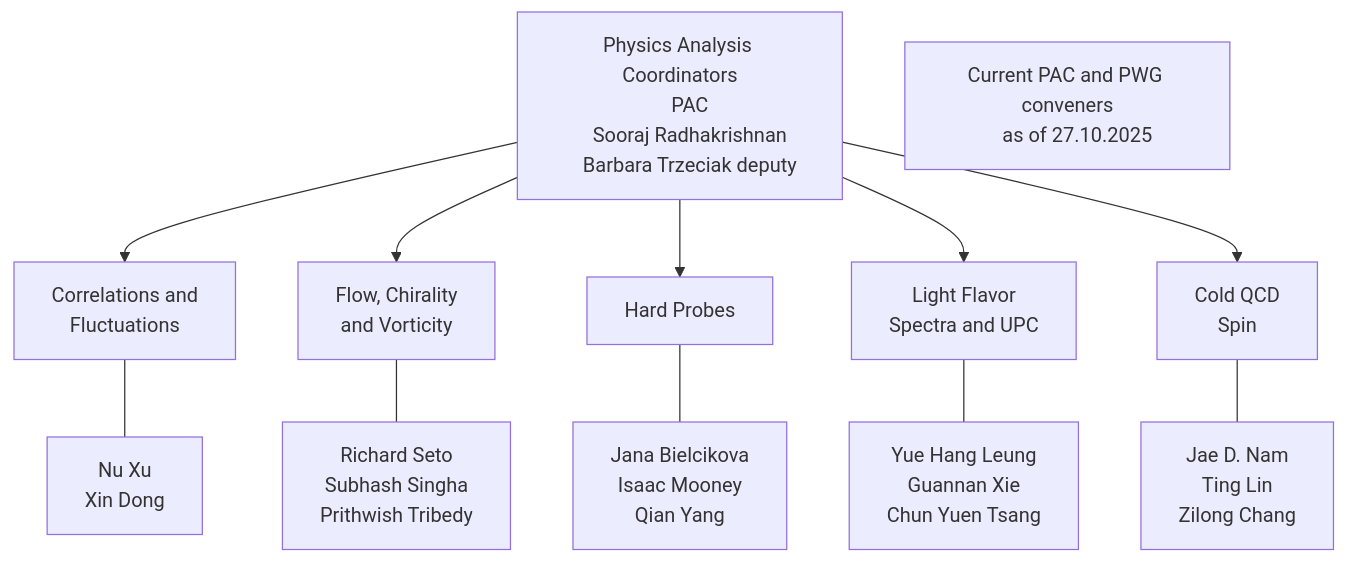
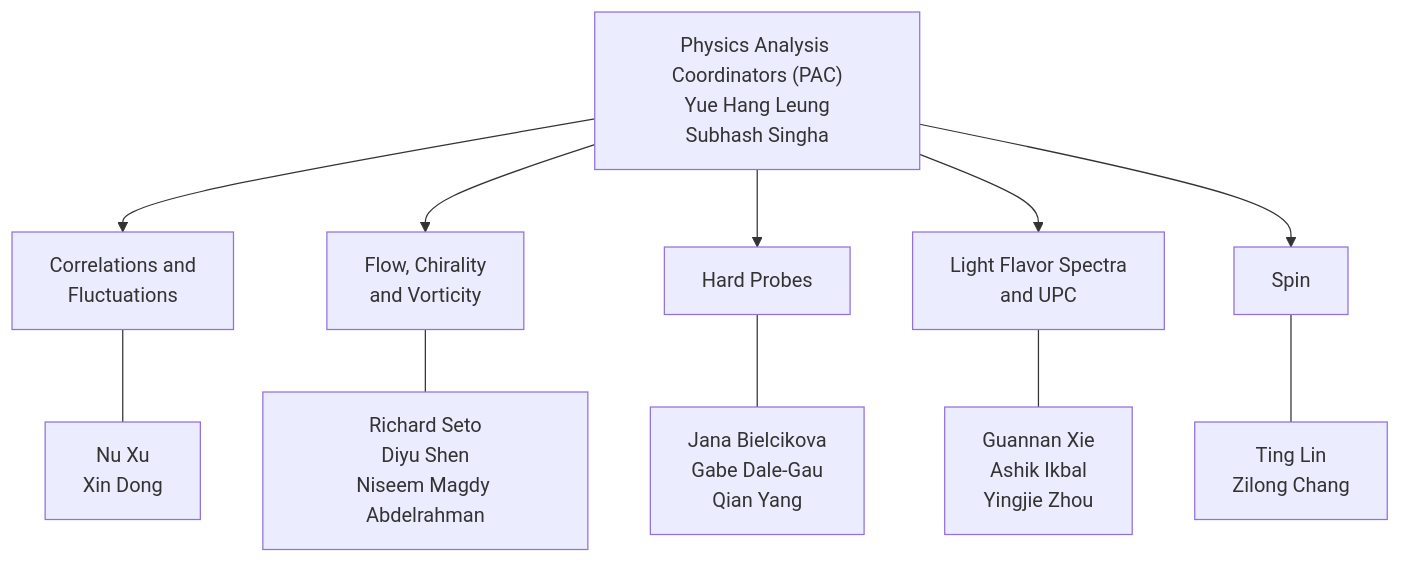
One commit to star-juniors/star-juniors.github.io changed the diagram in docs/publication.md. Above: the diagram before and after it, drawn with Mermaid. The commit also changed other lines of this file, not shown here.

Commit message:
update of conveners

````diff
--- a/docs/publication.md
+++ b/docs/publication.md
@@ -50,33 +63,14 @@
 ```mermaid
 flowchart TD
-    PAC[Physics Analysis Coordinators
-    PAC
-    Sooraj Radhakrishnan
-    Barbara Trzeciak deputy] --> PWG1
+    PAC["Physics Analysis Coordinators (PAC)<br>Yue Hang Leung<br>Subhash Singha"] --> PWG1
     PAC --> PWG2
     PAC --> PWG3
     PAC --> PWG4
     PAC --> PWG5
-    
-    PWG1[Correlations and
-    Fluctuations] --- CONV1[Nu Xu
-    Xin Dong]
-    PWG2[Flow, Chirality
-    and Vorticity] --- CONV2[Richard Seto
-    Subhash Singha
-    Prithwish Tribedy]
-    PWG3[Hard Probes] --- CONV3[Jana Bielcikova
-    Isaac Mooney
-    Qian Yang]
-    PWG4[Light Flavor
-    Spectra and UPC] --- CONV4[Yue Hang Leung
-    Guannan Xie
-    Chun Yuen Tsang]
-    PWG5[Cold QCD
-     Spin] --- CONV5[Jae D. Nam
-    Ting Lin
-    Zilong Chang]
-    
-    NOTE[Current PAC and PWG conveners
-    as of 27.10.2025]
+
+    PWG1["Correlations and<br>Fluctuations"] --- CONV1["Nu Xu<br>Xin Dong"]
+    PWG2["Flow, Chirality<br>and Vorticity"] --- CONV2["Richard Seto<br>Diyu Shen<br>Niseem Magdy Abdelrahman"]
+    PWG3["Hard Probes"] --- CONV3["Jana Bielcikova<br>Gabe Dale-Gau<br>Qian Yang"]
+    PWG4["Light Flavor Spectra<br>and UPC"] --- CONV4["Guannan Xie<br>Ashik Ikbal<br>Yingjie Zhou"]
+    PWG5["Spin"] --- CONV5["Ting Lin<br>Zilong Chang"]
 ```
````
